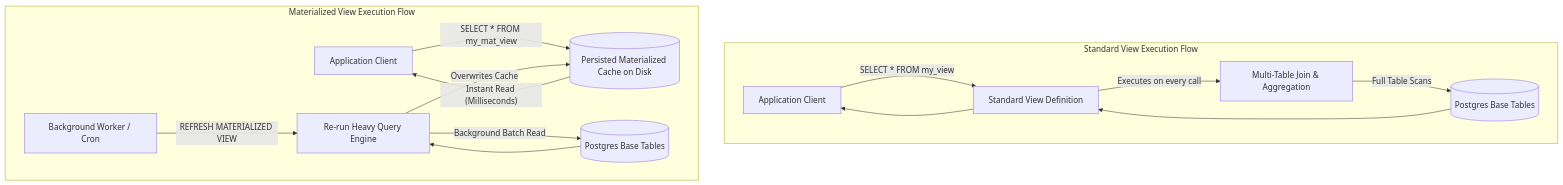
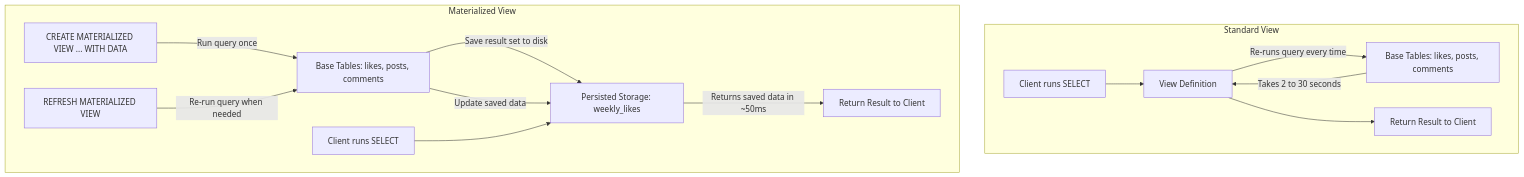
Diagram 20 of 21 in 1-sql-and-postgresql.md (pushkar100/notes-databases), drawn with Mermaid before and after one commit. The commit also changed other lines of this file, not shown here.

````diff
--- a/1-sql-and-postgresql.md
+++ b/1-sql-and-postgresql.md
@@ -6228,19 +6229,18 @@
 ```mermaid
 flowchart TD
-    subgraph StandardView["Standard View Execution Flow"]
-        ClientA["Application Client"] -->|"SELECT * FROM my_view"| ViewEngine["Standard View Definition"]
-        ViewEngine -->|"Executes on every call"| HeavyJoin["Multi-Table Join & Aggregation"]
-        HeavyJoin -->|"Full Table Scans"| DiskA[("Postgres Base Tables")]
-        DiskA --> ViewEngine
-        ViewEngine --> ClientA
+    subgraph StandardView["Standard View"]
+        Q1["Client runs SELECT"] --> V1["View Definition"]
+        V1 -->|"Re-runs query every time"| T1["Base Tables: likes, posts, comments"]
+        T1 -->|"Takes 2 to 30 seconds"| V1
+        V1 --> R1["Return Result to Client"]
     end
 
-    subgraph MaterializedView["Materialized View Execution Flow"]
-        ClientB["Application Client"] -->|"SELECT * FROM my_mat_view"| MatCache[("Persisted Materialized Cache on Disk")]
-        MatCache -->|"Instant Read (Milliseconds)"| ClientB
-        CronWorker["Background Worker / Cron"] -->|"REFRESH MATERIALIZED VIEW"| Recalc["Re-run Heavy Query Engine"]
-        Recalc -->|"Background Batch Read"| DiskB[("Postgres Base Tables")]
-        DiskB --> Recalc
-        Recalc -->|"Overwrites Cache"| MatCache
+    subgraph MaterializedView["Materialized View"]
+        Create["CREATE MATERIALIZED VIEW ... WITH DATA"] -->|"Run query once"| T2["Base Tables: likes, posts, comments"]
+        T2 -->|"Save result set to disk"| Store["Persisted Storage: weekly_likes"]
+        Q2["Client runs SELECT"] --> Store
+        Store -->|"Returns saved data in ~50ms"| R2["Return Result to Client"]
+        Refresh["REFRESH MATERIALIZED VIEW"] -->|"Re-run query when needed"| T2
+        T2 -->|"Update saved data"| Store
     end
 ```
````
